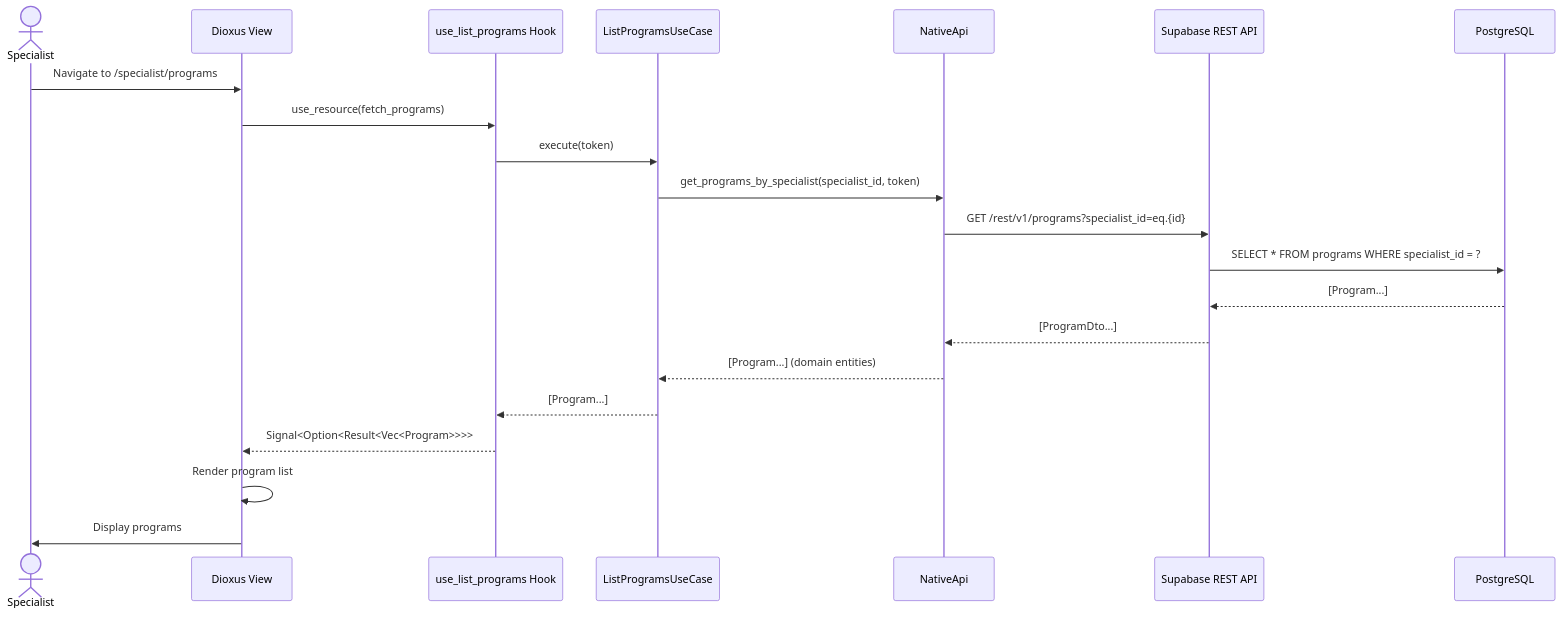
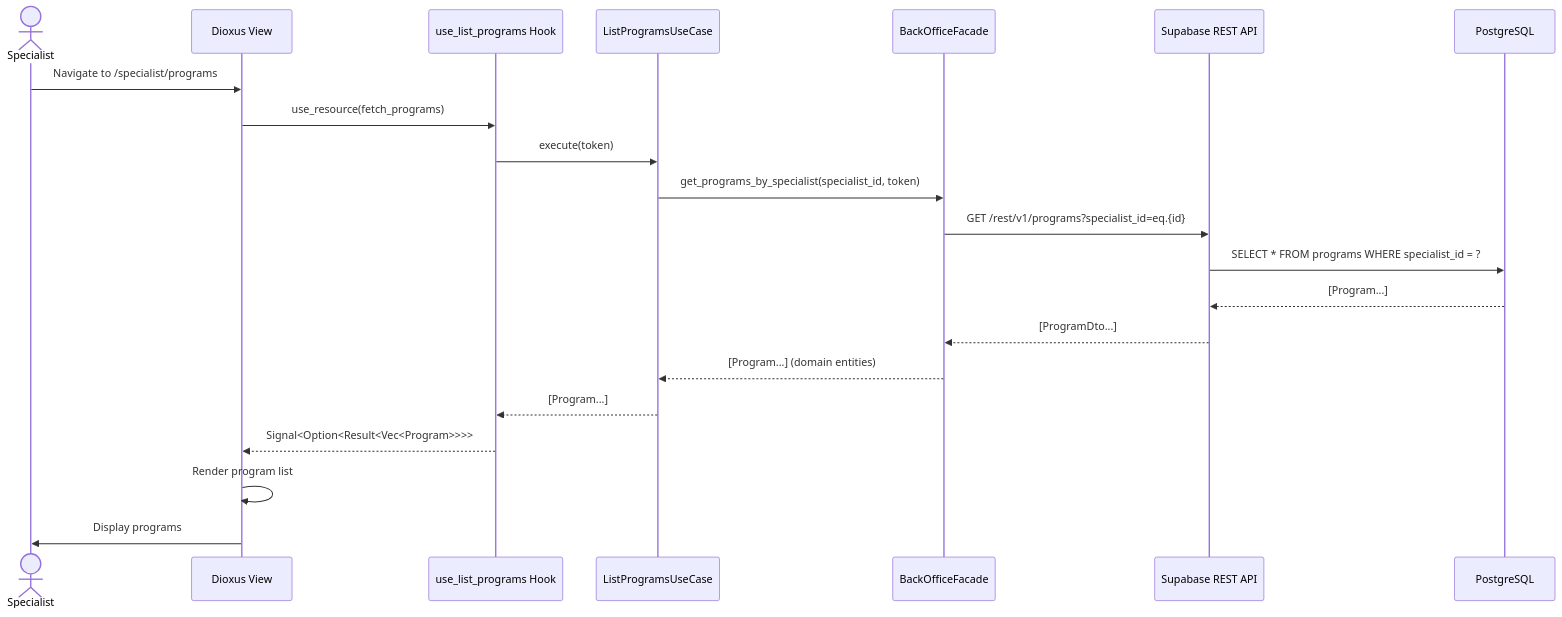
One commit to JosePFs/rustapp changed the fourth of 4 diagrams in ARCHITECTURE.md. Above: the diagram before and after it, drawn with Mermaid. The commit also changed other lines of this file and 2 other files, not shown here.

````diff
--- a/ARCHITECTURE.md
+++ b/ARCHITECTURE.md
@@ -381,24 +314,24 @@
 ```mermaid
 sequenceDiagram
     actor Specialist
     participant Dioxus as Dioxus View
     participant Hook as use_list_programs Hook
     participant UseCase as ListProgramsUseCase
-    participant Adapter as NativeApi
+    participant Adapter as BackOfficeFacade
     participant Supabase as Supabase REST API
     participant DB as PostgreSQL
 
     Specialist->>Dioxus: Navigate to /specialist/programs
     Dioxus->>Hook: use_resource(fetch_programs)
     Hook->>UseCase: execute(token)
     UseCase->>Adapter: get_programs_by_specialist(specialist_id, token)
     Adapter->>Supabase: GET /rest/v1/programs?specialist_id=eq.{id}
     Supabase->>DB: SELECT * FROM programs WHERE specialist_id = ?
     DB-->>Supabase: [Program...]
     Supabase-->>Adapter: [ProgramDto...]
     Adapter-->>UseCase: [Program...] (domain entities)
     UseCase-->>Hook: [Program...]
     Hook-->>Dioxus: Signal<Option<Result<Vec<Program>>>>
     Dioxus->>Dioxus: Render program list
     Dioxus->>Specialist: Display programs
 ```
````
